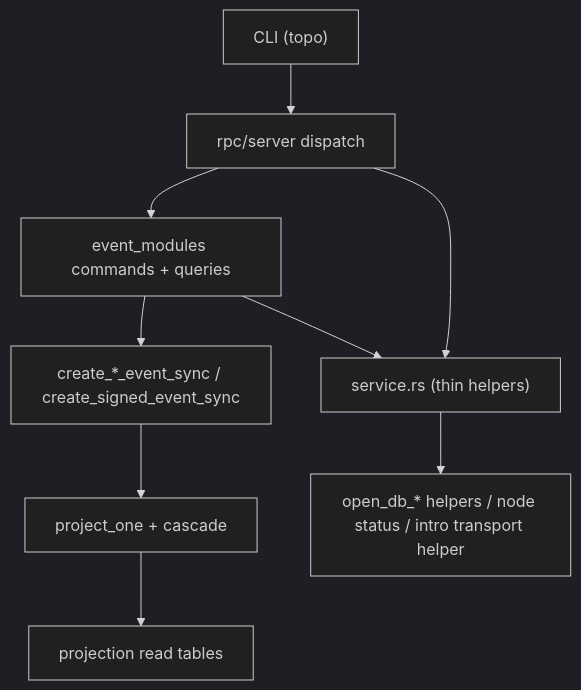
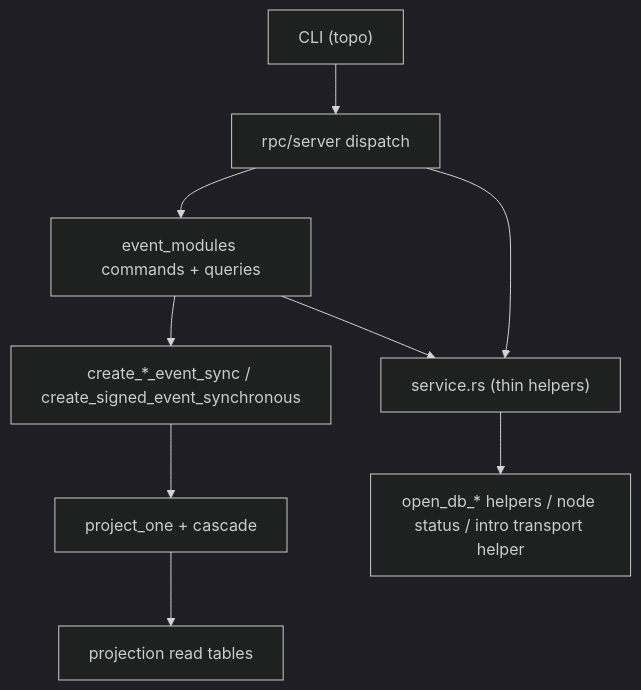
The first of 5 diagrams in docs/CURRENT_RUNTIME_DIAGRAM.md (holmesworcester/topo), drawn with Mermaid (dark theme) before and after one commit. The commit also changed 25 other files, not shown here.

Commit message:
Rename create_*_sync APIs to create_*_synchronous

````diff
--- a/docs/CURRENT_RUNTIME_DIAGRAM.md
+++ b/docs/CURRENT_RUNTIME_DIAGRAM.md
@@ -23,13 +23,13 @@
 ```mermaid
 flowchart TD
     CLI["CLI (topo)"] --> RPC["rpc/server dispatch"]
     RPC --> EM["event_modules commands + queries"]
     RPC --> SVC["service.rs (thin helpers)"]
 
     EM --> SVC
-    EM --> CREATE["create_*_event_sync / create_signed_event_sync"]
+    EM --> CREATE["create_*_event_sync / create_signed_event_synchronous"]
     CREATE --> PROJ["project_one + cascade"]
     PROJ --> READS["projection read tables"]
 
     SVC --> INFRA["open_db_* helpers / node status / intro transport helper"]
 ```
````
